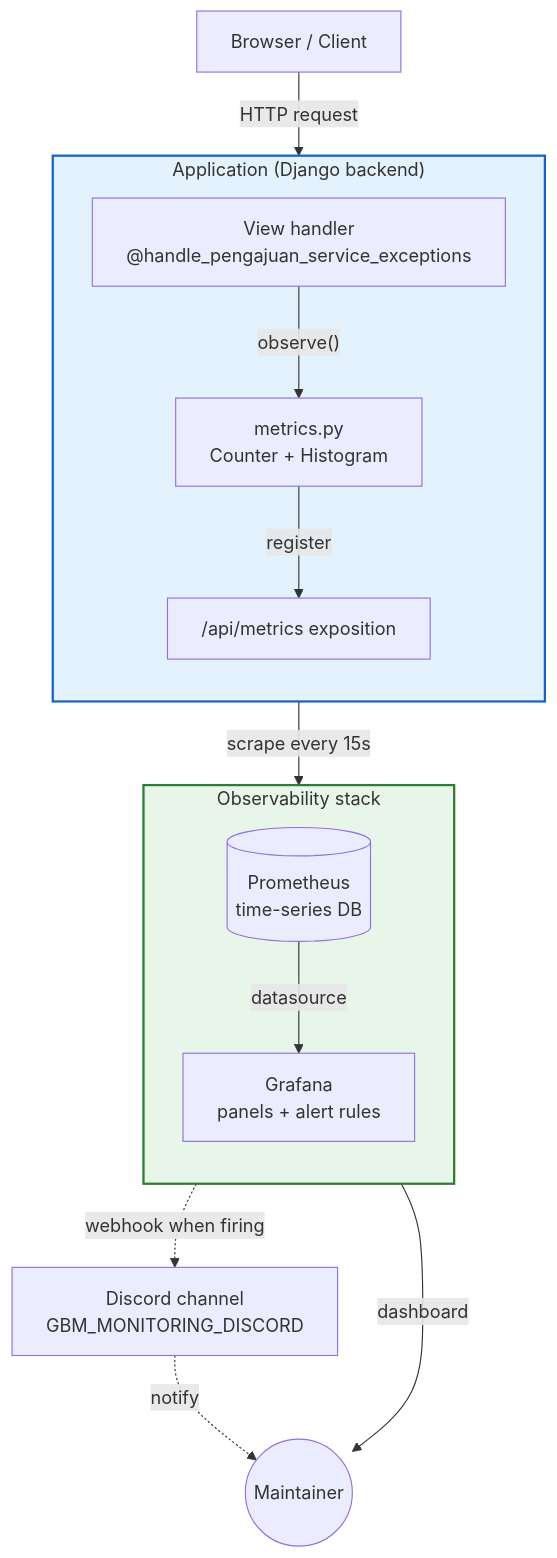
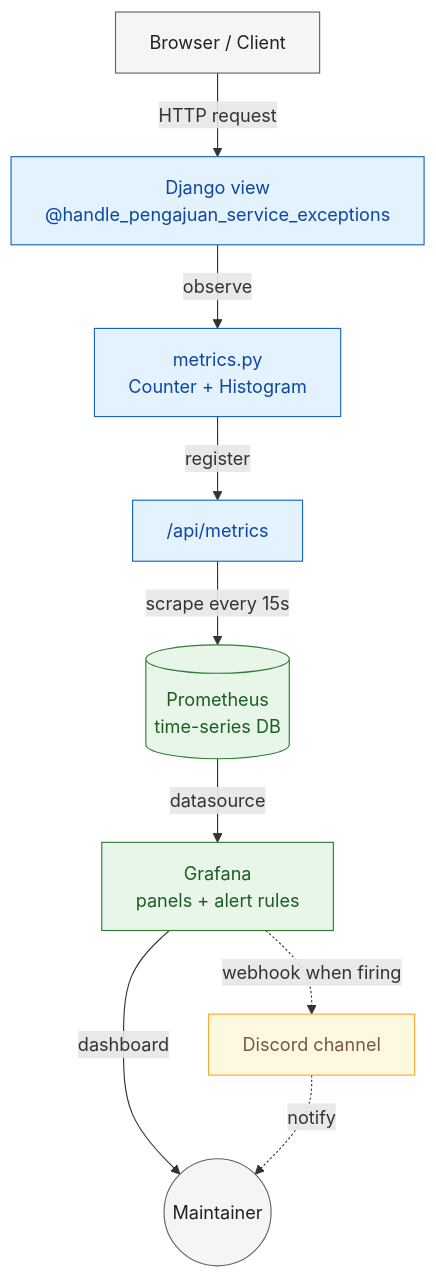
The diagram in content/post/monitoring-pengajuan-prometheus.md (HusinHakim/blog-husin), drawn with Mermaid before and after one commit.

Commit message:
Drop subgraphs from monitoring diagram, use TD layout with classDef coloring

```diff
--- a/content/post/monitoring-pengajuan-prometheus.md
+++ b/content/post/monitoring-pengajuan-prometheus.md
@@ -16,32 +16,30 @@
 {{< mermaid >}}
-flowchart TB
+flowchart TD
     Client["Browser / Client"]
-
-    subgraph App["Application (Django backend)"]
-        direction TB
-        Django["View handler<br/>@handle_pengajuan_service_exceptions"]
-        Metrics["metrics.py<br/>Counter + Histogram"]
-        Endpoint["/api/metrics exposition"]
-        Django -- "observe()" --> Metrics
-        Metrics -- "register" --> Endpoint
-    end
-
-    subgraph Stack["Observability stack"]
-        direction TB
-        Prom[("Prometheus<br/>time-series DB")]
-        Grafana["Grafana<br/>panels + alert rules"]
-        Prom -- "datasource" --> Grafana
-    end
-
-    Discord["Discord channel<br/>GBM_MONITORING_DISCORD"]
+    Django["Django view<br/>@handle_pengajuan_service_exceptions"]
+    Metrics["metrics.py<br/>Counter + Histogram"]
+    Endpoint["/api/metrics"]
+    Prom[("Prometheus<br/>time-series DB")]
+    Grafana["Grafana<br/>panels + alert rules"]
+    Discord["Discord channel"]
     Maintainer((Maintainer))
 
-    Client -- "HTTP request" --> Django
-    Endpoint -- "scrape every 15s" --> Prom
-    Grafana -- "dashboard" --> Maintainer
-    Grafana -. "webhook when firing" .-> Discord
-    Discord -. "notify" .-> Maintainer
+    Client -->|HTTP request| Django
+    Django -->|observe| Metrics
+    Metrics -->|register| Endpoint
+    Endpoint -->|scrape every 15s| Prom
+    Prom -->|datasource| Grafana
+    Grafana -->|dashboard| Maintainer
+    Grafana -.->|webhook when firing| Discord
+    Discord -.->|notify| Maintainer
 
-    style App fill:#e3f2fd,stroke:#1565c0,stroke-width:2px
-    style Stack fill:#e8f5e9,stroke:#2e7d32,stroke-width:2px
+    classDef app fill:#e3f2fd,stroke:#1565c0,color:#0d47a1
+    classDef stack fill:#e8f5e9,stroke:#2e7d32,color:#1b5e20
+    classDef notify fill:#fff8e1,stroke:#f9a825,color:#795548
+    classDef actor fill:#f5f5f5,stroke:#616161,color:#212121
+
+    class Django,Metrics,Endpoint app
+    class Prom,Grafana stack
+    class Discord notify
+    class Client,Maintainer actor
 {{< /mermaid >}}
```
